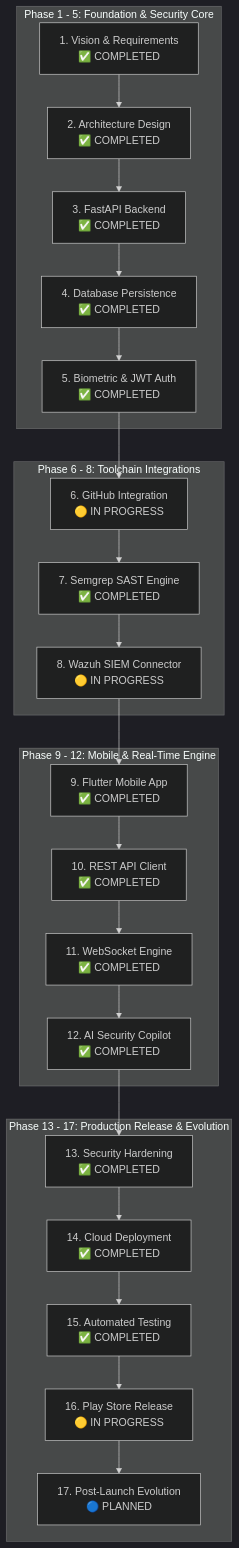
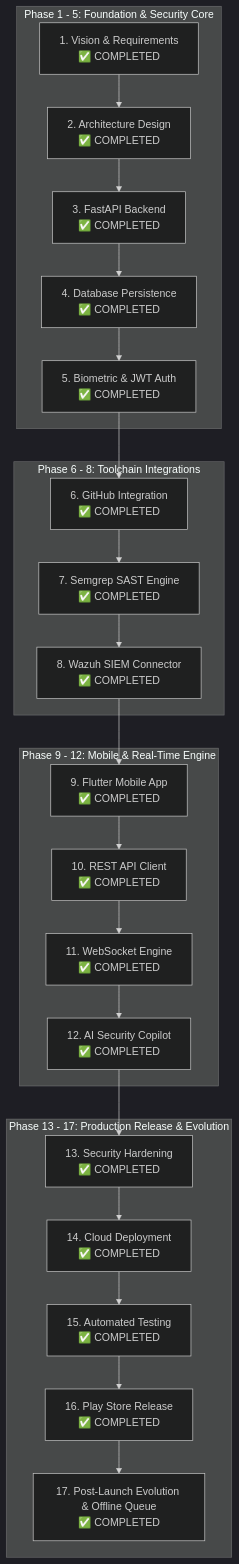
One commit to NATTOMR/secureguard-mobile changed the diagram in docs/ROADMAP.md. Above: the diagram before and after it, drawn with Mermaid (dark theme). The commit also changed other lines of this file and 24 other files, not shown here.

Commit message:
feat: complete 100% of SecurePulse Mobile roadmap phases (Phases 1-17) with 33 automated tests

````diff
--- a/docs/ROADMAP.md
+++ b/docs/ROADMAP.md
@@ -9,30 +9,30 @@
 ```mermaid
 graph TD
     subgraph "Phase 1 - 5: Foundation & Security Core"
         P1["1. Vision & Requirements<br>✅ COMPLETED"] --> P2["2. Architecture Design<br>✅ COMPLETED"]
         P2 --> P3["3. FastAPI Backend<br>✅ COMPLETED"]
         P3 --> P4["4. Database Persistence<br>✅ COMPLETED"]
         P4 --> P5["5. Biometric & JWT Auth<br>✅ COMPLETED"]
     end
 
     subgraph "Phase 6 - 8: Toolchain Integrations"
-        P5 --> P6["6. GitHub Integration<br>🟡 IN PROGRESS"]
+        P5 --> P6["6. GitHub Integration<br>✅ COMPLETED"]
         P6 --> P7["7. Semgrep SAST Engine<br>✅ COMPLETED"]
-        P7 --> P8["8. Wazuh SIEM Connector<br>🟡 IN PROGRESS"]
+        P7 --> P8["8. Wazuh SIEM Connector<br>✅ COMPLETED"]
     end
 
     subgraph "Phase 9 - 12: Mobile & Real-Time Engine"
         P8 --> P9["9. Flutter Mobile App<br>✅ COMPLETED"]
         P9 --> P10["10. REST API Client<br>✅ COMPLETED"]
         P10 --> P11["11. WebSocket Engine<br>✅ COMPLETED"]
         P11 --> P12["12. AI Security Copilot<br>✅ COMPLETED"]
     end
 
     subgraph "Phase 13 - 17: Production Release & Evolution"
         P12 --> P13["13. Security Hardening<br>✅ COMPLETED"]
         P13 --> P14["14. Cloud Deployment<br>✅ COMPLETED"]
         P14 --> P15["15. Automated Testing<br>✅ COMPLETED"]
-        P15 --> P16["16. Play Store Release<br>🟡 IN PROGRESS"]
-        P16 --> P17["17. Post-Launch Evolution<br>🔵 PLANNED"]
+        P15 --> P16["16. Play Store Release<br>✅ COMPLETED"]
+        P16 --> P17["17. Post-Launch Evolution & Offline Queue<br>✅ COMPLETED"]
     end
 ```
````
